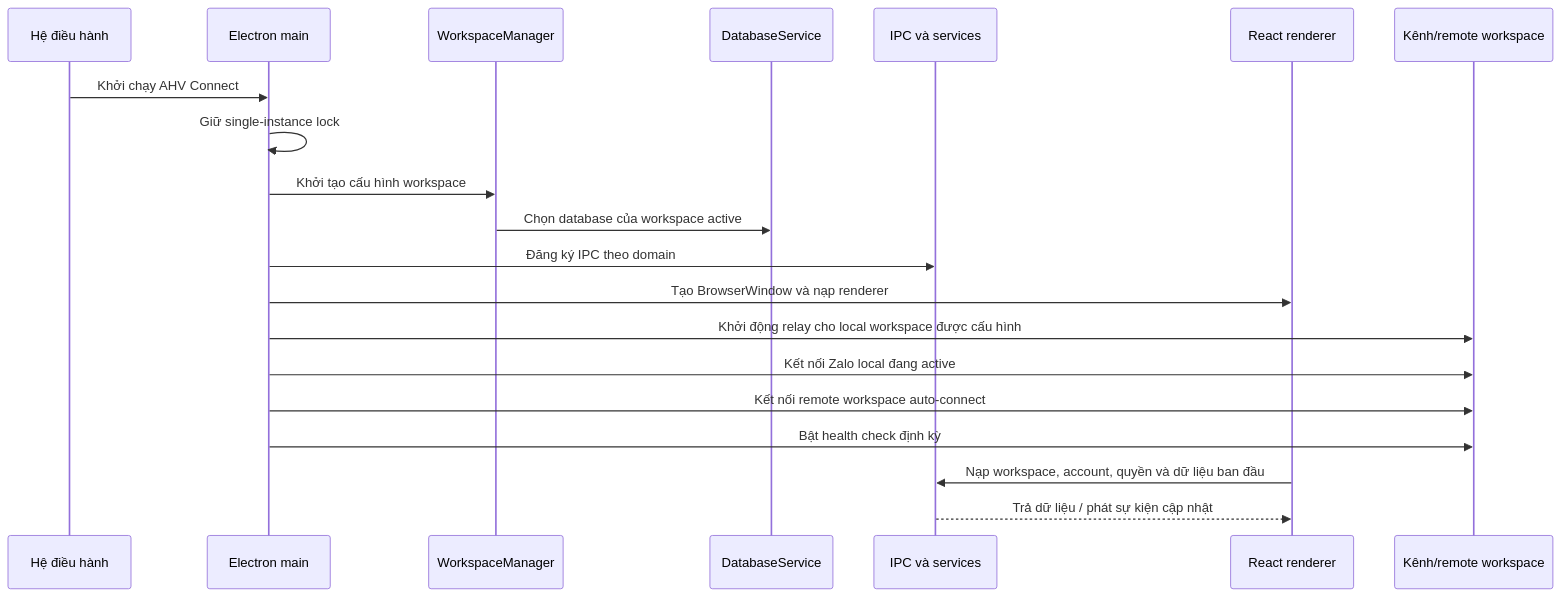
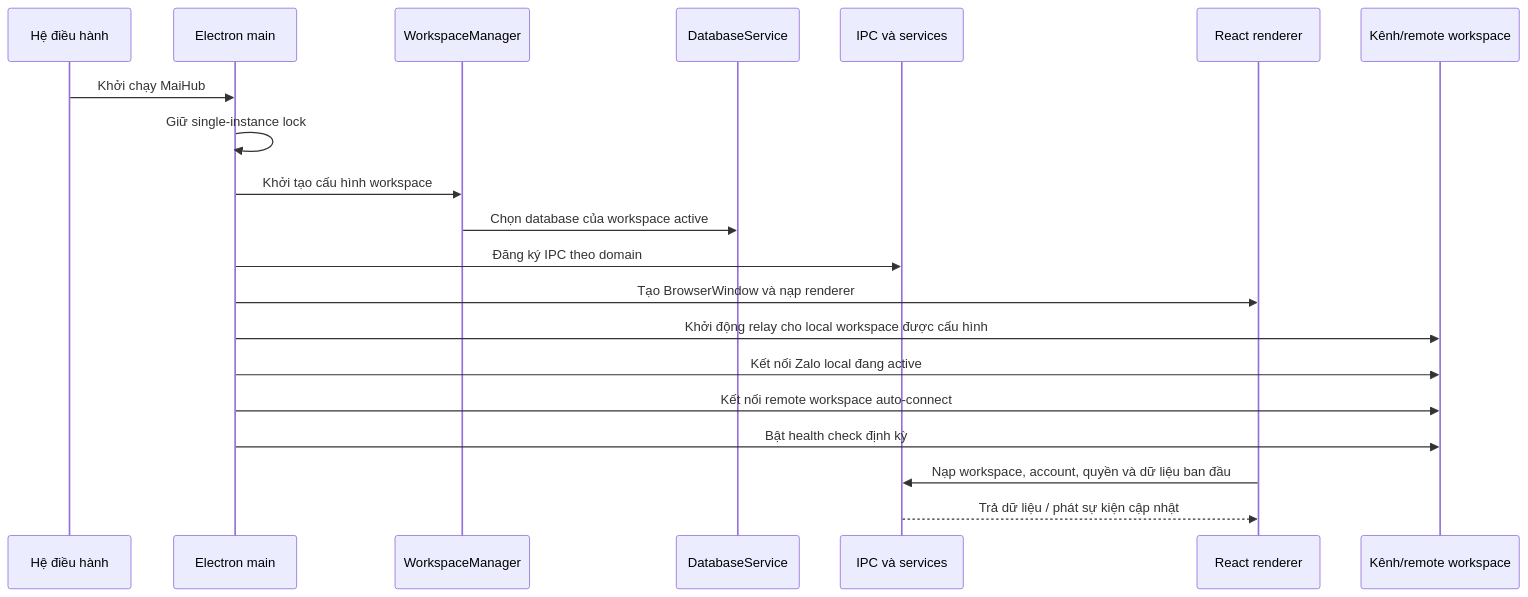
Before and after one commit to maiychrus25/automation-marketing: the second of 11 diagrams in SYSTEM_DOCUMENTATION.md, drawn with Mermaid. The commit also changed other lines of this file and 2 other files, not shown here.

Commit message:
docs(brand): MaiHub documentation and upgrade notes

````diff
--- a/SYSTEM_DOCUMENTATION.md
+++ b/SYSTEM_DOCUMENTATION.md
@@ -123,23 +123,23 @@
 ```mermaid
 sequenceDiagram
     participant OS as Hệ điều hành
     participant Main as Electron main
     participant WM as WorkspaceManager
     participant DB as DatabaseService
     participant IPC as IPC và services
     participant UI as React renderer
     participant EXT as Kênh/remote workspace
 
-    OS->>Main: Khởi chạy AHV Connect
+    OS->>Main: Khởi chạy MaiHub
     Main->>Main: Giữ single-instance lock
     Main->>WM: Khởi tạo cấu hình workspace
     WM->>DB: Chọn database của workspace active
     Main->>IPC: Đăng ký IPC theo domain
     Main->>UI: Tạo BrowserWindow và nạp renderer
     Main->>EXT: Khởi động relay cho local workspace được cấu hình
     Main->>EXT: Kết nối Zalo local đang active
     Main->>EXT: Kết nối remote workspace auto-connect
     Main->>EXT: Bật health check định kỳ
     UI->>IPC: Nạp workspace, account, quyền và dữ liệu ban đầu
     IPC-->>UI: Trả dữ liệu / phát sự kiện cập nhật
 ```
````
